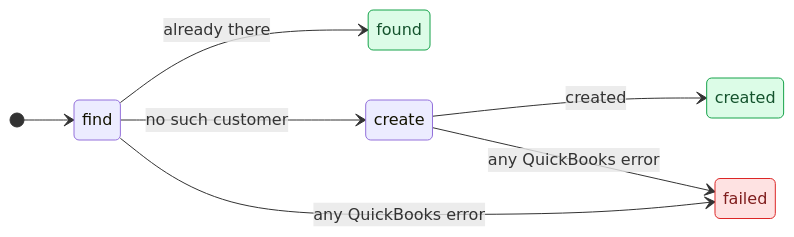
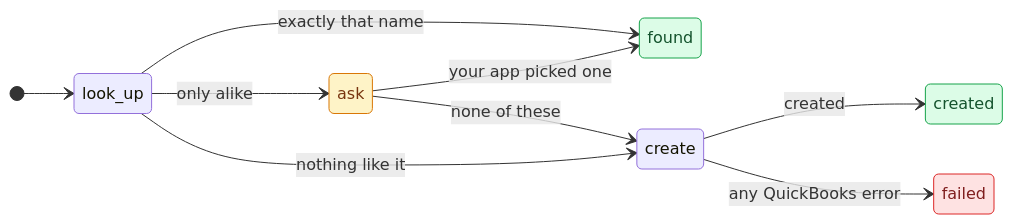
The first of 4 diagrams in workflow-authoring.mdx (qubeintegrations/docs), drawn with Mermaid before and after one commit. The commit also changed other lines of this file and 15 other files, not shown here.

First line of the commit message:
Docs: the core charts replace the cut ones; new Anatomy example

````diff
--- a/workflow-authoring.mdx
+++ b/workflow-authoring.mdx
@@ -29,16 +30,18 @@
 ```mermaid
 stateDiagram-v2
   direction LR
-  [*] --> find
-  find --> found: already there
-  find --> create: no such customer
+  [*] --> look_up
+  look_up --> found: exactly that name
+  look_up --> ask: only alike
+  look_up --> create: nothing like it
+  ask --> found: your app picked one
+  ask --> create: none of these
   create --> created: created
-  find --> failed: any QuickBooks error
   create --> failed: any QuickBooks error
-  classDef ask fill:#fef3c7,stroke:#d97706,color:#78350f
+  classDef asking fill:#fef3c7,stroke:#d97706,color:#78350f
   classDef good fill:#dcfce7,stroke:#16a34a,color:#14532d
-  classDef quiet fill:#f1f5f9,stroke:#64748b,color:#1e293b
   classDef bad fill:#fee2e2,stroke:#dc2626,color:#7f1d1d
+  class ask asking
   class found, created good
   class failed bad
 ```
````
